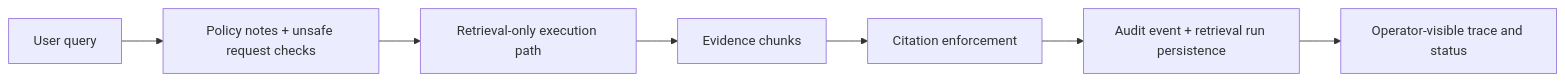
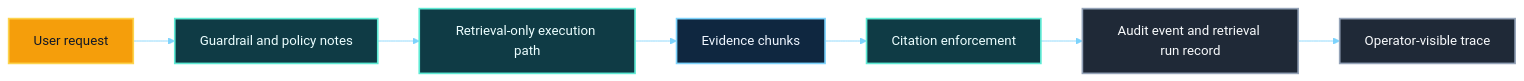
One commit to PSR94/citadel changed the seventh of 7 diagrams in README.md. Above: the diagram before and after it, drawn with Mermaid. The commit also changed other lines of this file and 5 other files, not shown here.

Commit message:
Refresh README visuals and architecture diagrams

````diff
--- a/README.md
+++ b/README.md
@@ -167,9 +282,19 @@
 ```mermaid
+%%{init: {'theme':'base','themeVariables': {'background':'#06101a','primaryTextColor':'#d8e7f7','lineColor':'#7dd3fc','fontFamily':'Arial','fontSize':'16px'}}}%%
 flowchart LR
-  Query["User query"] --> Guardrails["Policy notes + unsafe request checks"]
-  Guardrails --> Retrieval["Retrieval-only execution path"]
-  Retrieval --> Evidence["Evidence chunks"]
-  Evidence --> Grounding["Citation enforcement"]
-  Grounding --> Audit["Audit event + retrieval run persistence"]
-  Audit --> Operator["Operator-visible trace and status"]
+  USER["User request"] --> POLICY["Guardrail and policy notes"]
+  POLICY --> RET["Retrieval-only execution path"]
+  RET --> EVID["Evidence chunks"]
+  EVID --> CITE["Citation enforcement"]
+  CITE --> AUDIT["Audit event and retrieval run record"]
+  AUDIT --> OPS["Operator-visible trace"]
+
+  classDef actor fill:#f59e0b,stroke:#fcd34d,color:#111827,stroke-width:2px;
+  classDef control fill:#0f3b45,stroke:#5eead4,color:#ecfeff,stroke-width:2px;
+  classDef evidence fill:#0f2740,stroke:#7dd3fc,color:#eff6ff,stroke-width:2px;
+  classDef record fill:#1f2937,stroke:#94a3b8,color:#f8fafc,stroke-width:2px;
+  class USER actor;
+  class POLICY,RET,CITE control;
+  class EVID evidence;
+  class AUDIT,OPS record;
 ```
````
